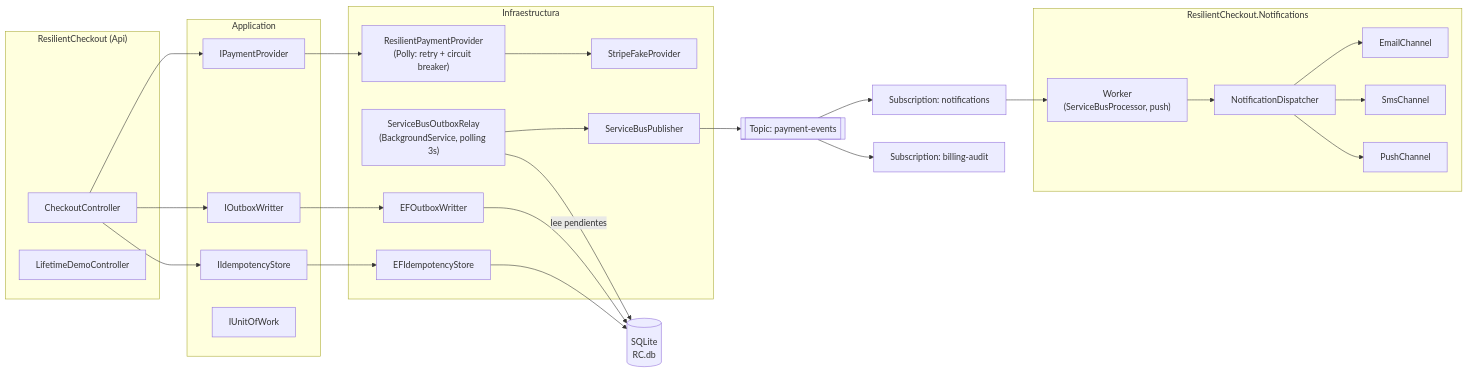
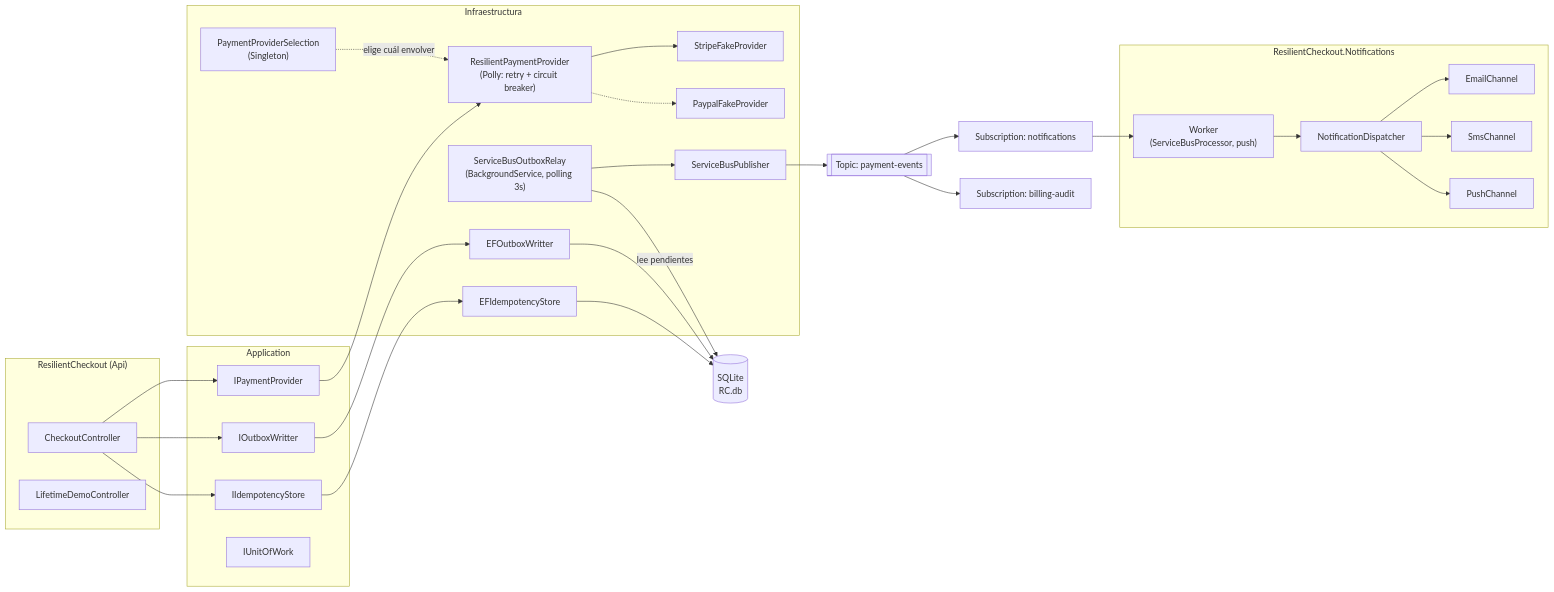
Before and after one commit to xtylo/ResilientCheckout: the diagram in README.md, drawn with Mermaid. The commit also changed other lines of this file and 6 other files, not shown here.

````diff
--- a/README.md
+++ b/README.md
@@ -17,50 +17,55 @@
 ```mermaid
 flowchart LR
     subgraph API["ResilientCheckout (Api)"]
         CC["CheckoutController"]
         LDC["LifetimeDemoController"]
     end
 
     subgraph APP["Application"]
         IPP["IPaymentProvider"]
         IIS["IIdempotencyStore"]
         IOW["IOutboxWritter"]
         IUOW["IUnitOfWork"]
     end
 
     subgraph INFRA["Infraestructura"]
+        Sel["PaymentProviderSelection\n(Singleton)"]
         RPP["ResilientPaymentProvider\n(Polly: retry + circuit breaker)"]
         SFP["StripeFakeProvider"]
+        PFP["PaypalFakeProvider"]
         EFI["EFIdempotencyStore"]
         EFO["EFOutboxWritter"]
         Relay["ServiceBusOutboxRelay\n(BackgroundService, polling 3s)"]
         Pub["ServiceBusPublisher"]
     end
 
     DB[("SQLite\nRC.db")]
     Topic[["Topic: payment-events"]]
     SubN["Subscription: notifications"]
     SubB["Subscription: billing-audit"]
 
     subgraph NOTIF["ResilientCheckout.Notifications"]
         Worker["Worker\n(ServiceBusProcessor, push)"]
         Disp["NotificationDispatcher"]
         Email["EmailChannel"]
         Sms["SmsChannel"]
         Push["PushChannel"]
     end
 
-    CC --> IPP --> RPP --> SFP
+    CC --> IPP --> RPP
+    Sel -.->|elige cuál envolver| RPP
+    RPP --> SFP
+    RPP -.-> PFP
     CC --> IIS --> EFI --> DB
     CC --> IOW --> EFO --> DB
 
     Relay -->|lee pendientes| DB
     Relay --> Pub --> Topic
     Topic --> SubN
     Topic --> SubB
 
     SubN --> Worker --> Disp
     Disp --> Email
     Disp --> Sms
     Disp --> Push
 ```
````
